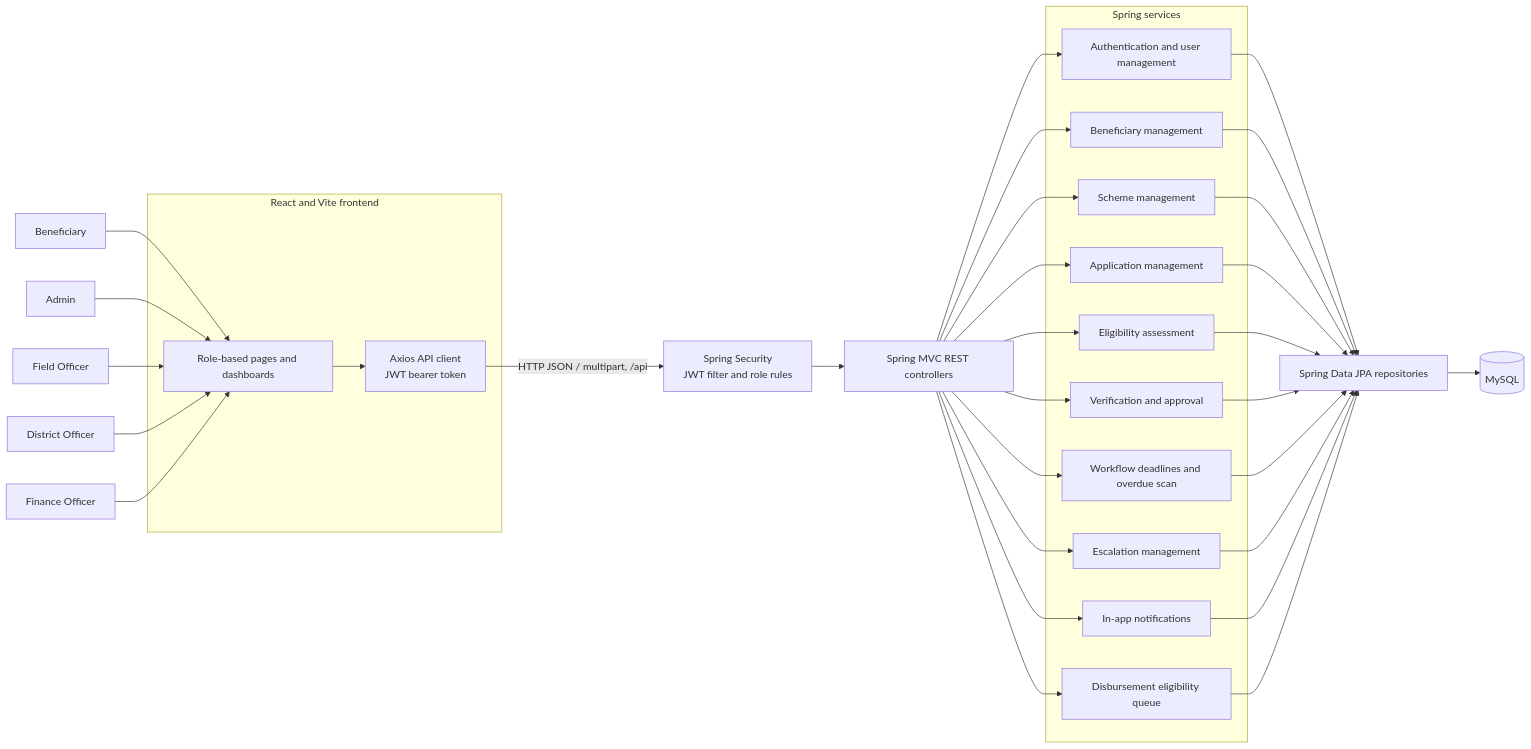
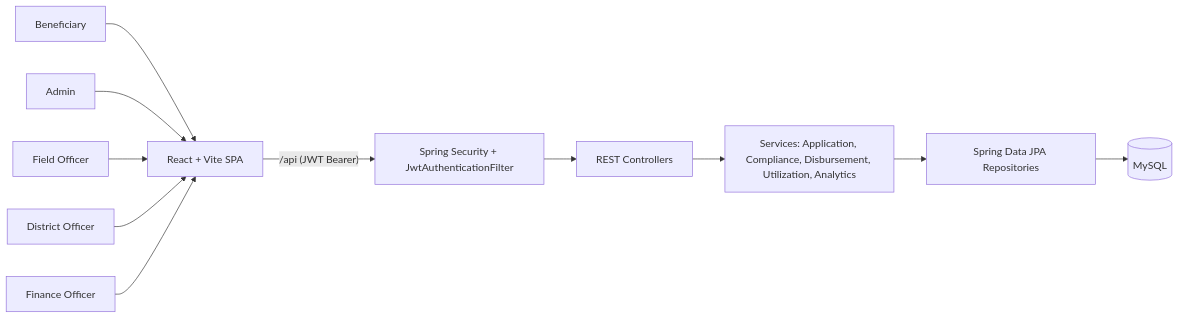
Before and after one commit to RamyaChinnapattu/grant-tracking: the diagram in README.md, drawn with Mermaid. The commit also changed other lines of this file and 25 other files, not shown here.

````diff
--- a/README.md
+++ b/README.md
@@ -50,59 +58,14 @@
 ```mermaid
 flowchart LR
-    B[Beneficiary]
-    A[Admin]
-    F[Field Officer]
-    D[District Officer]
-    FIN[Finance Officer]
+    B[Beneficiary] --> UI[React + Vite SPA]
+    A[Admin] --> UI
+    F[Field Officer] --> UI
+    D[District Officer] --> UI
+    FIN[Finance Officer] --> UI
 
-    subgraph Client[React and Vite frontend]
-        UI[Role-based pages and dashboards]
-        API[Axios API client<br/>JWT bearer token]
-        UI --> API
-    end
-
-    B --> UI
-    A --> UI
-    F --> UI
-    D --> UI
-    FIN --> UI
-
-    API -->|HTTP JSON / multipart, /api| SEC[Spring Security<br/>JWT filter and role rules]
-    SEC --> CTRL[Spring MVC REST controllers]
-
-    subgraph Services[Spring services]
-        AUTH[Authentication and user management]
-        BEN[Beneficiary management]
-        SCH[Scheme management]
-        APP[Application management]
-        ELIG[Eligibility assessment]
-        VERIFY[Verification and approval]
-        AUTO[Workflow deadlines and overdue scan]
-        ESC[Escalation management]
-        NOTIFY[In-app notifications]
-        DISB[Disbursement eligibility queue]
-    end
-
-    CTRL --> AUTH
-    CTRL --> BEN
-    CTRL --> SCH
-    CTRL --> APP
-    CTRL --> ELIG
-    CTRL --> VERIFY
-    CTRL --> AUTO
-    CTRL --> ESC
-    CTRL --> NOTIFY
-    CTRL --> DISB
-
-    AUTH --> REPO[Spring Data JPA repositories]
-    BEN --> REPO
-    SCH --> REPO
-    APP --> REPO
-    ELIG --> REPO
-    VERIFY --> REPO
-    AUTO --> REPO
-    ESC --> REPO
-    NOTIFY --> REPO
-    DISB --> REPO
+    UI -->|"/api (JWT Bearer)"| SEC[Spring Security + JwtAuthenticationFilter]
+    SEC --> CTRL[REST Controllers]
+    CTRL --> SVC[Services: Application, Compliance, Disbursement, Utilization, Analytics]
+    SVC --> REPO[Spring Data JPA Repositories]
     REPO --> DB[(MySQL)]
 ```
````
